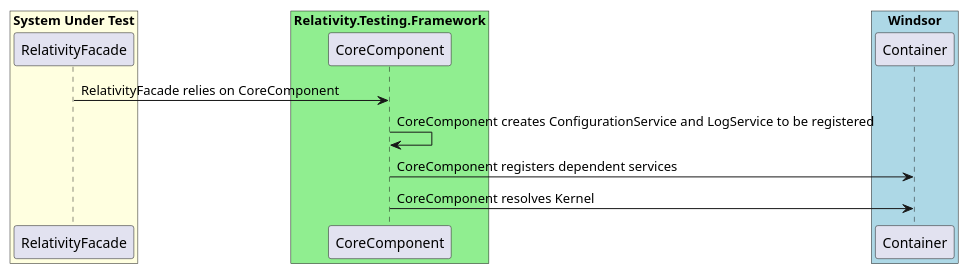
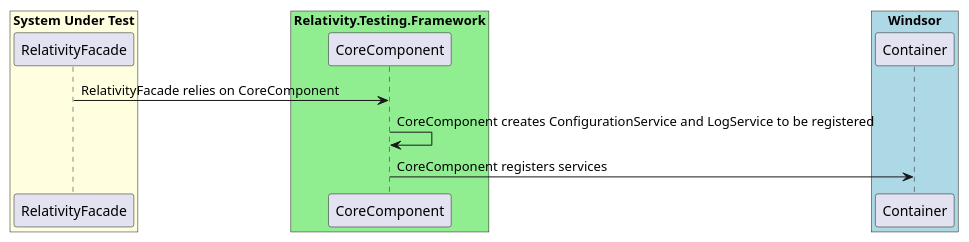
One commit to relativitydev/relativity.testing.framework changed the diagram in docs/architecture/CoreComponent.pu. Above: the diagram before and after it, drawn with PlantUML.

Commit message:
TESTENG-1465: Remove kernal stuff

```diff
--- a/docs/architecture/CoreComponent.pu
+++ b/docs/architecture/CoreComponent.pu
@@ -1,20 +1,19 @@
 @startuml Relativity.Testing.Framework Interceptors Sequence Diagram
 
 box "System Under Test" #LightYellow
 participant "RelativityFacade"
 end box
 
 box "Relativity.Testing.Framework" #LightGreen
 participant "CoreComponent"
 end box
 
 box "Windsor" #LightBlue
 participant "Container"
 end box
 
 "RelativityFacade" -> "CoreComponent" : RelativityFacade relies on CoreComponent
 "CoreComponent" -> "CoreComponent" : CoreComponent creates ConfigurationService and LogService to be registered
-"CoreComponent" -> "Container" : CoreComponent registers dependent services
-"CoreComponent" -> "Container" : CoreComponent resolves Kernel
+"CoreComponent" -> "Container" : CoreComponent registers services
 
 @enduml
```
